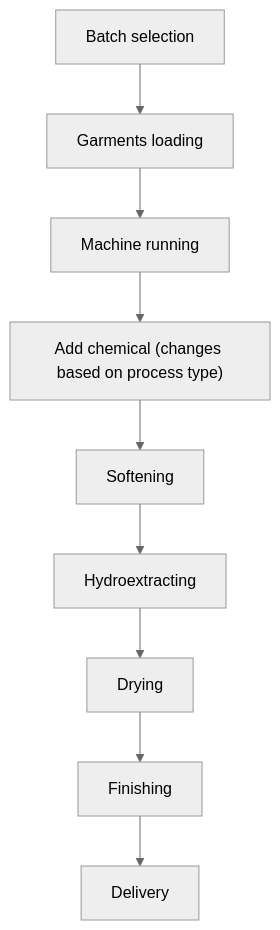
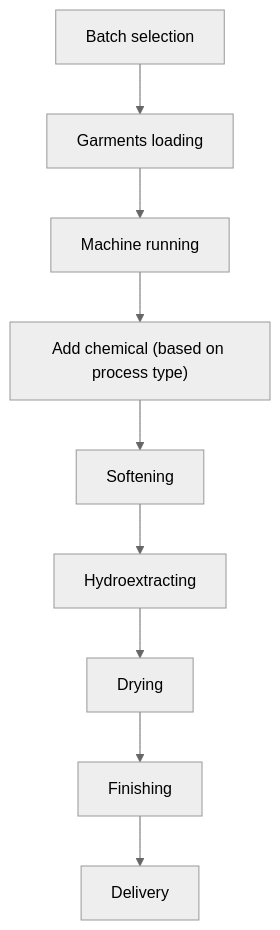
The first of 5 diagrams in texnx/src/content/docs/L3-T1/Apparel-Manufacturing-II/Part-A/01-garments-washing.md (anik-amd/butex-notes), drawn with Mermaid (neutral theme) before and after one commit. The commit also changed other lines of this file, not shown here.

````diff
--- a/texnx/src/content/docs/L3-T1/Apparel-Manufacturing-II/Part-A/01-garments-washing.md
+++ b/texnx/src/content/docs/L3-T1/Apparel-Manufacturing-II/Part-A/01-garments-washing.md
@@ -111,12 +113,12 @@
 ```mermaid
     flowchart TD
         id1[Batch selection]
         --> id2[Garments loading]
         --> id3[Machine running]
-        --> id4["Add chemical (changes based on process type)"]
+        --> id4["Add chemical (based on process type)"]
         --> id5[Softening]
         --> id6[Hydroextracting]
         --> id7[Drying]
         --> id8[Finishing]
         --> id9[Delivery]
 ```
````
